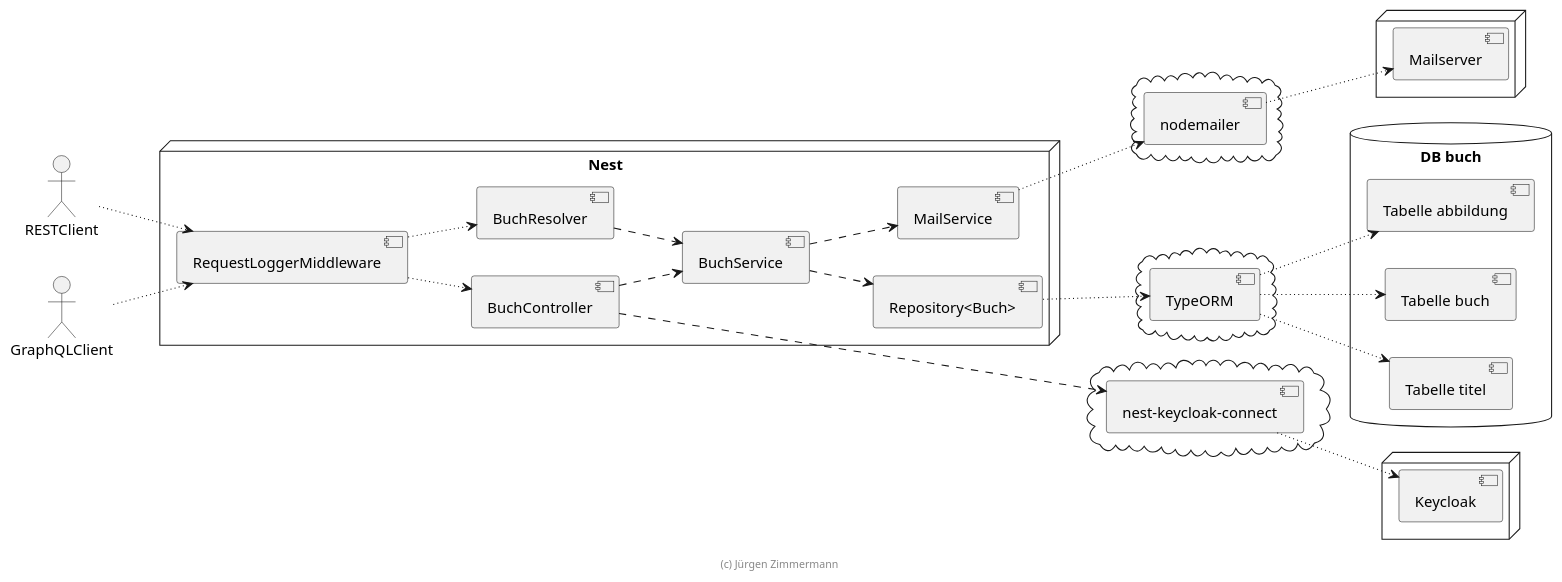
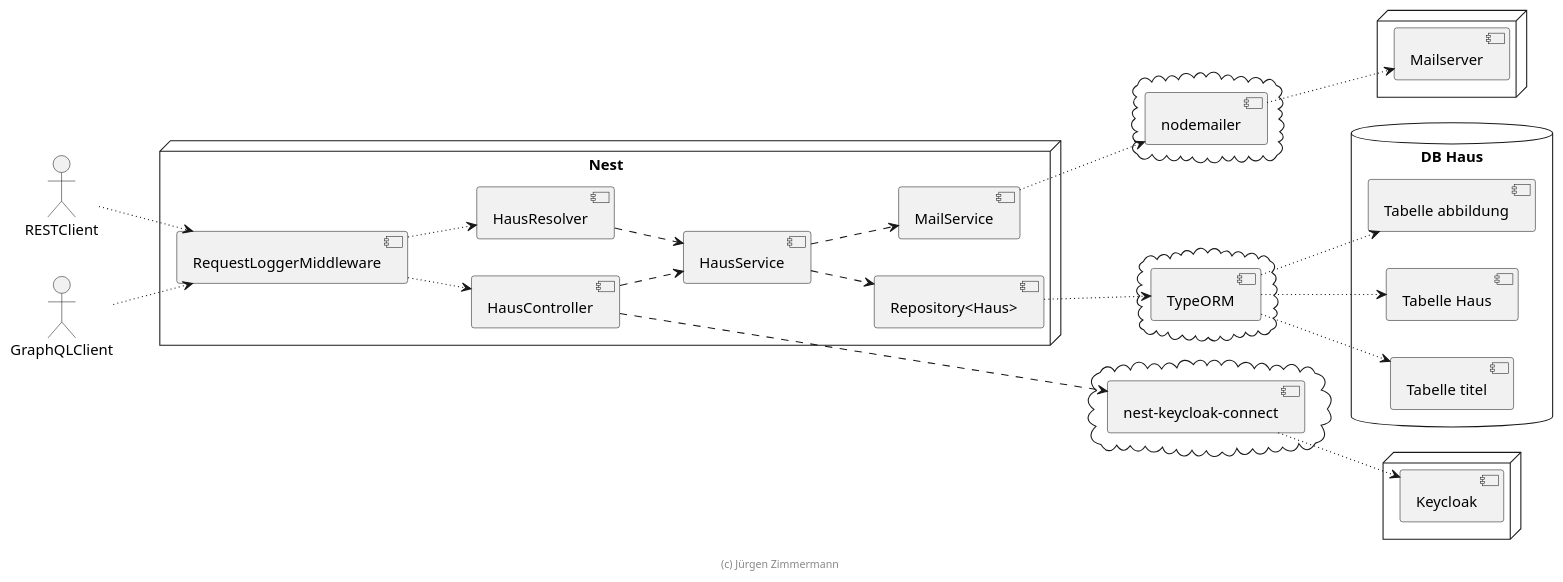
Before and after one commit to thanhxt/HausServer: the diagram in .extras/doc/projekthandbuch/komponenten.plantuml, drawn with PlantUML. The commit also changed 13 other files, not shown here.

Commit message:
added PlantUml

```diff
--- a/.extras/doc/projekthandbuch/komponenten.plantuml
+++ b/.extras/doc/projekthandbuch/komponenten.plantuml
@@ -18,74 +18,74 @@
 @startuml Komponenten
 
 left to right direction
 
 actor RESTClient
 actor GraphQLClient
 
 node "Nest" {
   [RequestLoggerMiddleware]
 
-  [BuchController]
-  [BuchResolver]
+  [HausController]
+  [HausResolver]
 
-  [BuchService]
+  [HausService]
 
-  [Repository<Buch>]
+  [Repository<Haus>]
 
   [MailService]
 }
 
 
 cloud {
     [TypeORM]
 }
 
 cloud {
     [nest-keycloak-connect]
 }
 
 cloud {
     [nodemailer]
 }
 
-database "DB buch" {
-    [Tabelle buch]
+database "DB Haus" {
+    [Tabelle Haus]
     [Tabelle titel]
     [Tabelle abbildung]
 }
 
 node {
     [Keycloak]
 }
 
 node {
     [Mailserver]
 }
 
 RESTClient ~~> [RequestLoggerMiddleware]
 GraphQLClient ~~> [RequestLoggerMiddleware]
 
-[RequestLoggerMiddleware] ~~> [BuchController]
-[RequestLoggerMiddleware] ~~> [BuchResolver]
+[RequestLoggerMiddleware] ~~> [HausController]
+[RequestLoggerMiddleware] ~~> [HausResolver]
 
-[BuchController] ..> [BuchService]
-[BuchResolver] ..> [BuchService]
-[BuchService] ..> [Repository<Buch>]
+[HausController] ..> [HausService]
+[HausResolver] ..> [HausService]
+[HausService] ..> [Repository<Haus>]
 
-[Repository<Buch>] ~~> [TypeORM]
-[TypeORM] ~~> [Tabelle buch]
+[Repository<Haus>] ~~> [TypeORM]
+[TypeORM] ~~> [Tabelle Haus]
 [TypeORM] ~~> [Tabelle titel]
 [TypeORM] ~~> [Tabelle abbildung]
 
-[BuchController] ..> [nest-keycloak-connect]
+[HausController] ..> [nest-keycloak-connect]
 [nest-keycloak-connect] ~~> [Keycloak]
 
-[BuchService] ..> [MailService]
+[HausService] ..> [MailService]
 [MailService] ~~> [nodemailer]
 [nodemailer] ~~> [Mailserver]
 
 [MailService] ~[hidden]~> [nest-keycloak-connect]
 
 footer (c) Jürgen Zimmermann
 
 @enduml
```
